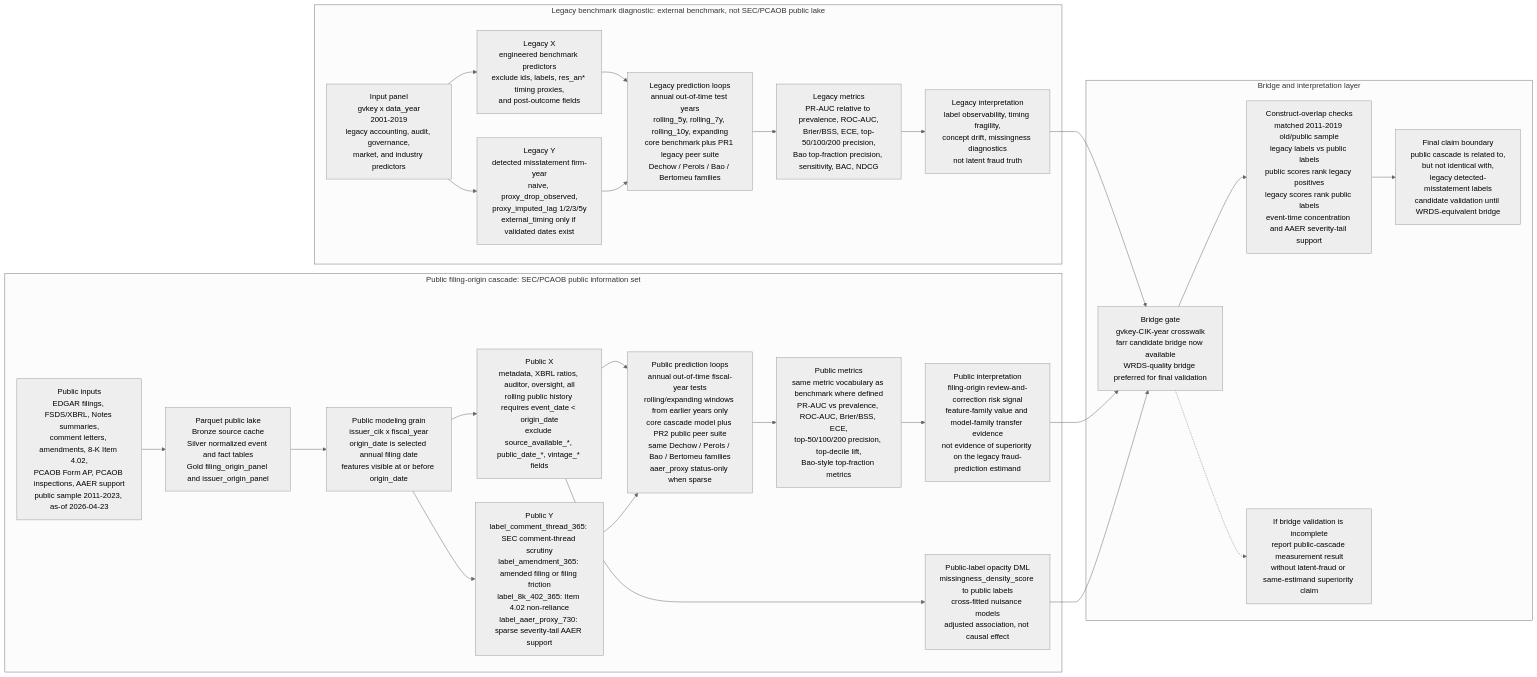
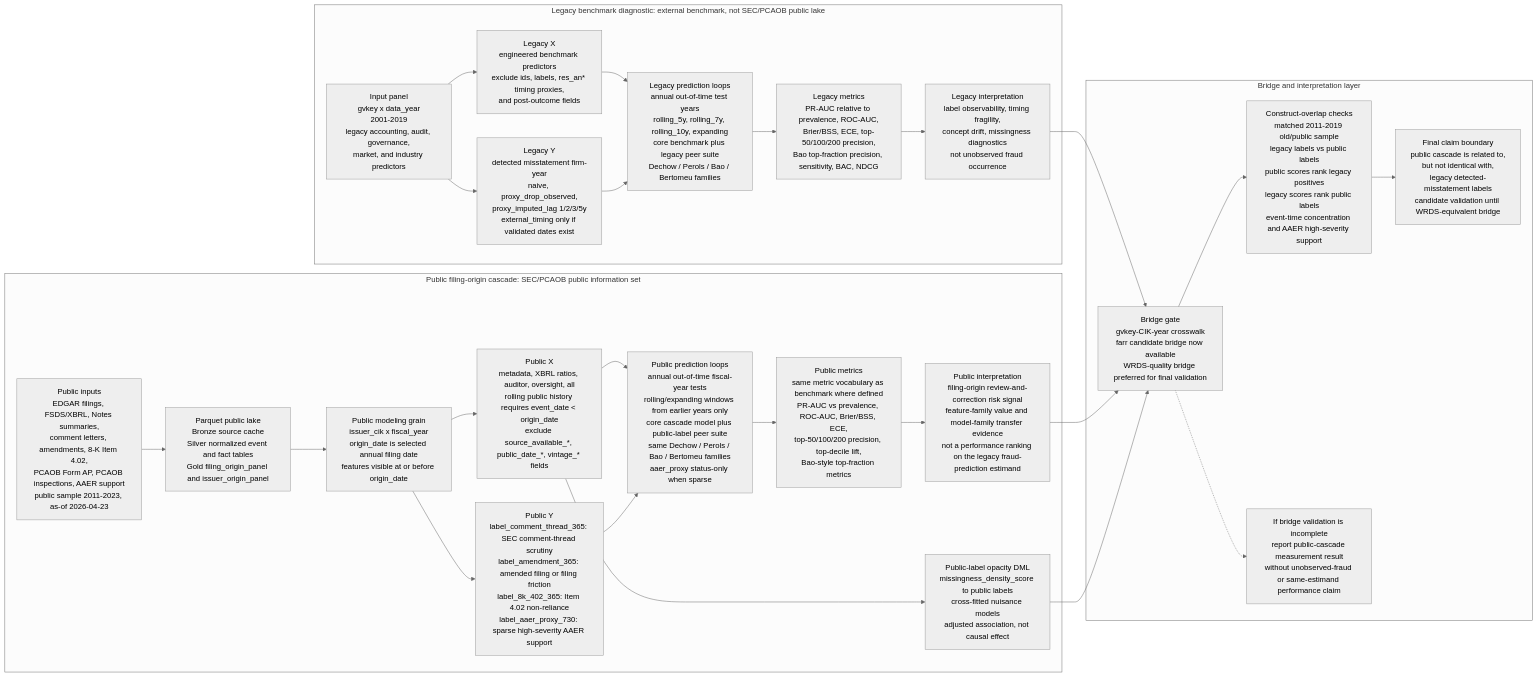
One commit to TY-Cheng/reporting-risk-cascade changed the diagram in docs/paper_plan.md. Above: the diagram before and after it, drawn with Mermaid (neutral theme). The commit also changed other lines of this file and 7 other files, not shown here.

````diff
--- a/docs/paper_plan.md
+++ b/docs/paper_plan.md
@@ -30,52 +30,52 @@
 ```mermaid
 flowchart LR
     subgraph LEGACY["Legacy benchmark diagnostic: external benchmark, not SEC/PCAOB public lake"]
         L0["Input panel<br/>gvkey x data_year<br/>2001-2019<br/>legacy accounting, audit, governance,<br/>market, and industry predictors"]
         L1["Legacy X<br/>engineered benchmark predictors<br/>exclude ids, labels, res_an* timing proxies,<br/>and post-outcome fields"]
         L2["Legacy Y<br/>detected misstatement firm-year<br/>naive, proxy_drop_observed,<br/>proxy_imputed_lag 1/2/3/5y<br/>external_timing only if validated dates exist"]
-        L3["Legacy prediction loops<br/>annual out-of-time test years<br/>rolling_5y, rolling_7y, rolling_10y, expanding<br/>core benchmark plus PR1 legacy peer suite<br/>Dechow / Perols / Bao / Bertomeu families"]
+        L3["Legacy prediction loops<br/>annual out-of-time test years<br/>rolling_5y, rolling_7y, rolling_10y, expanding<br/>core benchmark plus legacy peer suite<br/>Dechow / Perols / Bao / Bertomeu families"]
         L4["Legacy metrics<br/>PR-AUC relative to prevalence, ROC-AUC,<br/>Brier/BSS, ECE, top-50/100/200 precision,<br/>Bao top-fraction precision, sensitivity, BAC, NDCG"]
-        L5["Legacy interpretation<br/>label observability, timing fragility,<br/>concept drift, missingness diagnostics<br/>not latent fraud truth"]
+        L5["Legacy interpretation<br/>label observability, timing fragility,<br/>concept drift, missingness diagnostics<br/>not unobserved fraud occurrence"]
         L0 --> L1
         L0 --> L2
         L1 --> L3
         L2 --> L3
         L3 --> L4
         L4 --> L5
     end
 
     subgraph PUBLIC["Public filing-origin cascade: SEC/PCAOB public information set"]
         P0["Public inputs<br/>EDGAR filings, FSDS/XBRL, Notes summaries,<br/>comment letters, amendments, 8-K Item 4.02,<br/>PCAOB Form AP, PCAOB inspections, AAER support<br/>public sample 2011-2023, as-of 2026-04-23"]
         P1["Parquet public lake<br/>Bronze source cache<br/>Silver normalized event and fact tables<br/>Gold filing_origin_panel and issuer_origin_panel"]
         P2["Public modeling grain<br/>issuer_cik x fiscal_year<br/>origin_date is selected annual filing date<br/>features visible at or before origin_date"]
         P3["Public X<br/>metadata, XBRL ratios, auditor, oversight, all<br/>rolling public history requires event_date < origin_date<br/>exclude source_available_*, public_date_*, vintage_* fields"]
-        P4["Public Y<br/>label_comment_thread_365: SEC comment-thread scrutiny<br/>label_amendment_365: amended filing or filing friction<br/>label_8k_402_365: Item 4.02 non-reliance<br/>label_aaer_proxy_730: sparse severity-tail AAER support"]
-        P5["Public prediction loops<br/>annual out-of-time fiscal-year tests<br/>rolling/expanding windows from earlier years only<br/>core cascade model plus PR2 public peer suite<br/>same Dechow / Perols / Bao / Bertomeu families<br/>aaer_proxy status-only when sparse"]
+        P4["Public Y<br/>label_comment_thread_365: SEC comment-thread scrutiny<br/>label_amendment_365: amended filing or filing friction<br/>label_8k_402_365: Item 4.02 non-reliance<br/>label_aaer_proxy_730: sparse high-severity AAER support"]
+        P5["Public prediction loops<br/>annual out-of-time fiscal-year tests<br/>rolling/expanding windows from earlier years only<br/>core cascade model plus public-label peer suite<br/>same Dechow / Perols / Bao / Bertomeu families<br/>aaer_proxy status-only when sparse"]
         P6["Public metrics<br/>same metric vocabulary as benchmark where defined<br/>PR-AUC vs prevalence, ROC-AUC, Brier/BSS, ECE,<br/>top-50/100/200 precision, top-decile lift,<br/>Bao-style top-fraction metrics"]
-        P7["Public interpretation<br/>filing-origin review-and-correction risk signal<br/>feature-family value and model-family transfer evidence<br/>not evidence of superiority on the legacy fraud-prediction estimand"]
+        P7["Public interpretation<br/>filing-origin review-and-correction risk signal<br/>feature-family value and model-family transfer evidence<br/>not a performance ranking on the legacy fraud-prediction estimand"]
         P8["Public-label opacity DML<br/>missingness_density_score to public labels<br/>cross-fitted nuisance models<br/>adjusted association, not causal effect"]
         P0 --> P1
         P1 --> P2
         P2 --> P3
         P2 --> P4
         P3 --> P5
         P4 --> P5
         P5 --> P6
         P6 --> P7
         P3 --> P8
     end
 
     subgraph VALIDATION["Bridge and interpretation layer"]
         V0["Bridge gate<br/>gvkey-CIK-year crosswalk<br/>farr candidate bridge now available<br/>WRDS-quality bridge preferred for final validation"]
-        V1["Construct-overlap checks<br/>matched 2011-2019 old/public sample<br/>legacy labels vs public labels<br/>public scores rank legacy positives<br/>legacy scores rank public labels<br/>event-time concentration and AAER severity-tail support"]
+        V1["Construct-overlap checks<br/>matched 2011-2019 old/public sample<br/>legacy labels vs public labels<br/>public scores rank legacy positives<br/>legacy scores rank public labels<br/>event-time concentration and AAER high-severity support"]
         V2["Final claim boundary<br/>public cascade is related to,<br/>but not identical with,<br/>legacy detected-misstatement labels<br/>candidate validation until WRDS-equivalent bridge"]
-        V3["If bridge validation is incomplete<br/>report public-cascade measurement result<br/>without latent-fraud or same-estimand superiority claim"]
+        V3["If bridge validation is incomplete<br/>report public-cascade measurement result<br/>without unobserved-fraud or same-estimand performance claim"]
         V0 --> V1
         V1 --> V2
         V0 -.-> V3
     end
 
     L5 --> V0
     P7 --> V0
     P8 --> V0
 ```
````
